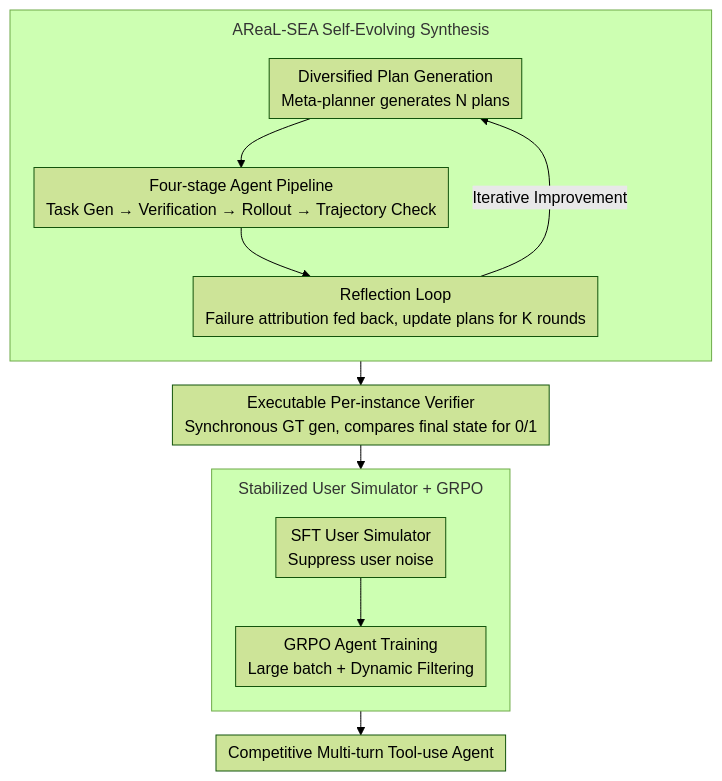
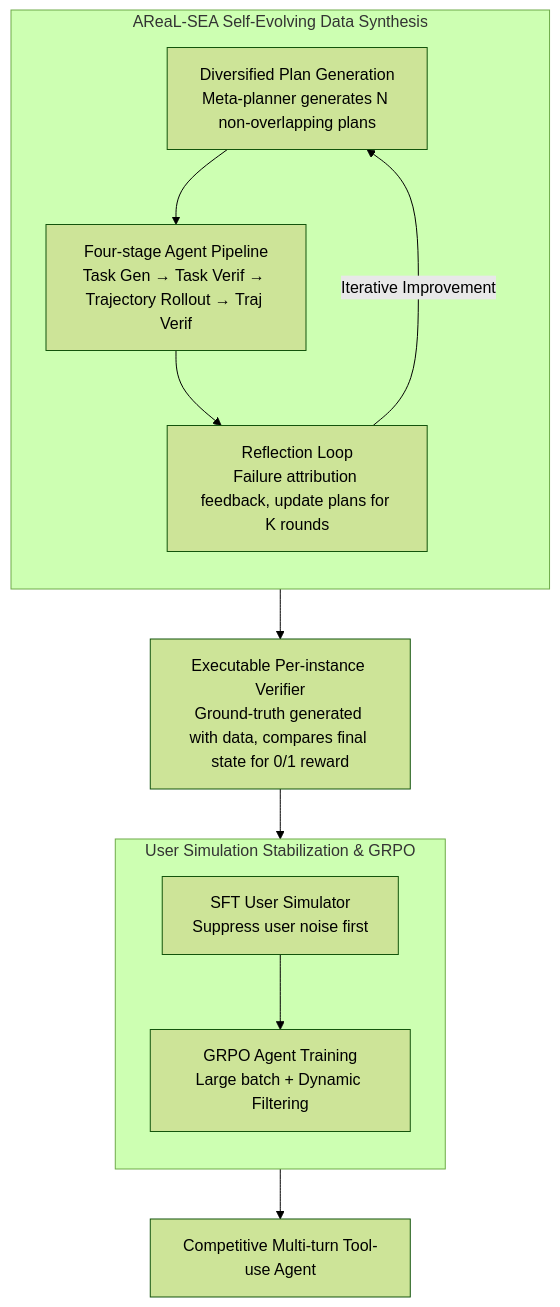
Before and after one commit to zhaoyang97/Paper-Notes-en: the diagram in docs/ICML2026/dialogue/from_self-evolving_synthetic_data_to_verifiable-reward_rl_post-training_multi-tu.md, drawn with Mermaid (forest theme). The commit also changed other lines of this file and 5084 other files, not shown here.

````diff
--- a/docs/ICML2026/dialogue/from_self-evolving_synthetic_data_to_verifiable-reward_rl_post-training_multi-tu.md
+++ b/docs/ICML2026/dialogue/from_self-evolving_synthetic_data_to_verifiable-reward_rl_post-training_multi-tu.md
@@ -43,17 +43,16 @@
 ```mermaid
-%%{init: {'flowchart': {'rankSpacing': 24, 'nodeSpacing': 28, 'padding': 6, 'wrappingWidth': 400, 'subGraphTitleMargin': {'top': 8, 'bottom': 16}}}}%%
-flowchart TD
-    subgraph SEA["AReaL-SEA Self-Evolving Synthesis"]
+graph TD
+    subgraph SEA["AReaL-SEA Self-Evolving Data Synthesis"]
         direction TB
-        A["Diversified Plan Generation<br/>Meta-planner generates N plans"] --> B["Four-stage Agent Pipeline<br/>Task Gen → Verification → Rollout → Trajectory Check"]
-        B --> C["Reflection Loop<br/>Failure attribution fed back, update plans for K rounds"]
+        A["Diversified Plan Generation<br/>Meta-planner generates N non-overlapping plans"] --> B["Four-stage Agent Pipeline<br/>Task Gen → Task Verif → Trajectory Rollout → Traj Verif"]
+        B --> C["Reflection Loop<br/>Failure attribution feedback, update plans for K rounds"]
         C -->|Iterative Improvement| A
     end
-    SEA --> D["Executable Per-instance Verifier<br/>Synchronous GT gen, compares final state for 0/1"]
+    SEA --> D["Executable Per-instance Verifier<br/>Ground-truth generated with data, compares final state for 0/1 reward"]
     D --> RL
-    subgraph RL["Stabilized User Simulator + GRPO"]
+    subgraph RL["User Simulation Stabilization & GRPO"]
         direction TB
-        F["SFT User Simulator<br/>Suppress user noise"] --> G["GRPO Agent Training<br/>Large batch + Dynamic Filtering"]
+        F["SFT User Simulator<br/>Suppress user noise first"] --> G["GRPO Agent Training<br/>Large batch + Dynamic Filtering"]
     end
     RL --> H["Competitive Multi-turn Tool-use Agent"]
 ```
````
